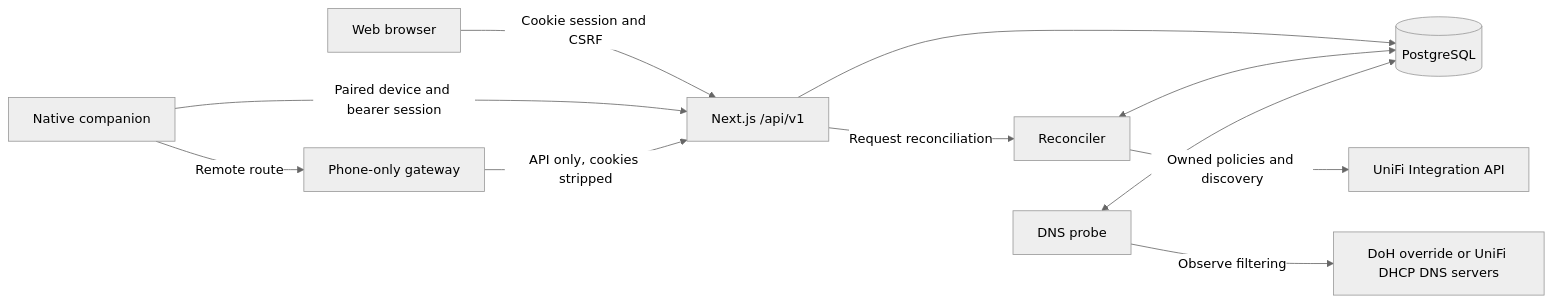
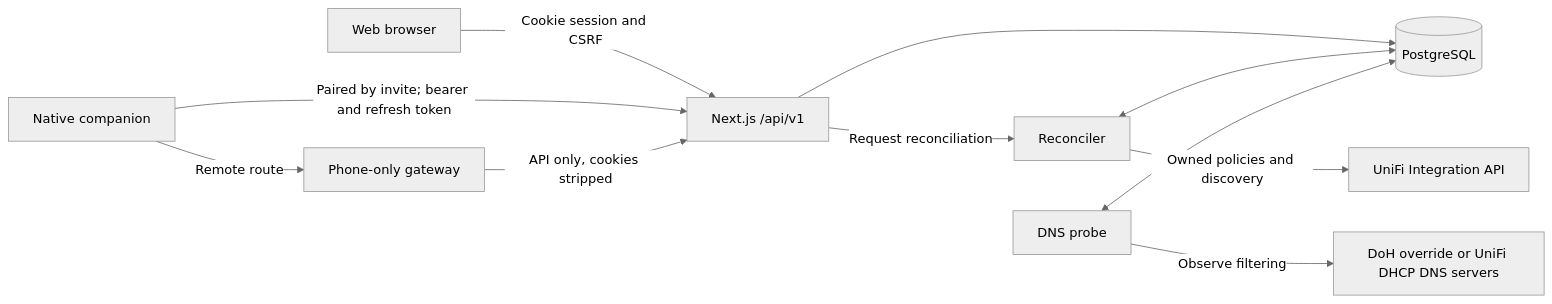
Before and after one commit to nickberardi/familyfi: the diagram in docs/architecture.md, drawn with Mermaid (neutral theme). The commit also changed other lines of this file and 71 other files, not shown here.

````diff
--- a/docs/architecture.md
+++ b/docs/architecture.md
@@ -10,13 +10,13 @@
 ```mermaid
 flowchart LR
   Web[Web browser] -->|Cookie session and CSRF| API[Next.js /api/v1]
-  Native[Native companion] -->|Paired device and bearer session| API
+  Native[Native companion] -->|Paired by invite; bearer and refresh token| API
   Native -->|Remote route| Gateway[Phone-only gateway]
   Gateway -->|API only, cookies stripped| API
   API --> DB[(PostgreSQL)]
   API -->|Request reconciliation| Reconcile[Reconciler]
   Reconcile <--> DB
   Reconcile -->|Owned policies and discovery| UniFi[UniFi Integration API]
   Probe[DNS probe] <--> DB
   Probe -->|Observe filtering| DoH[DoH override or UniFi DHCP DNS servers]
 ```
````
